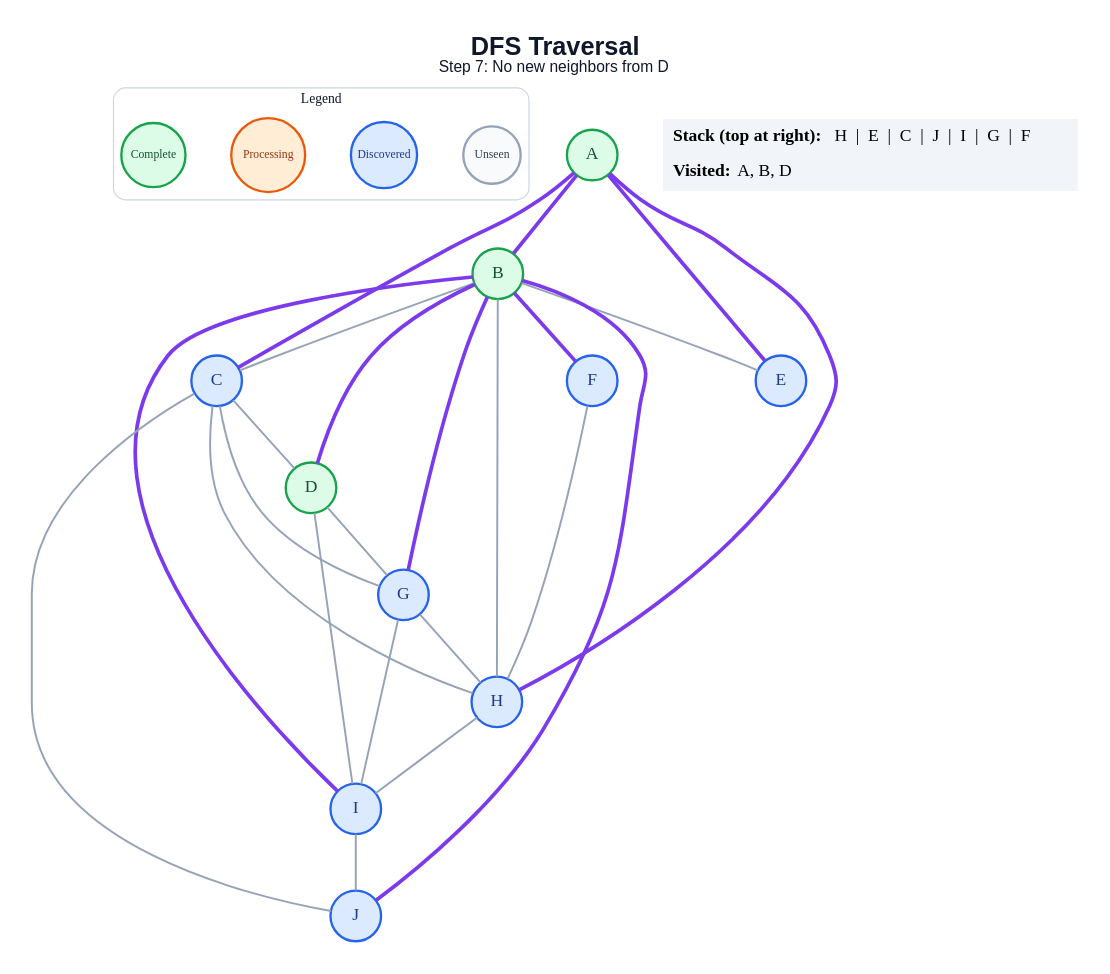
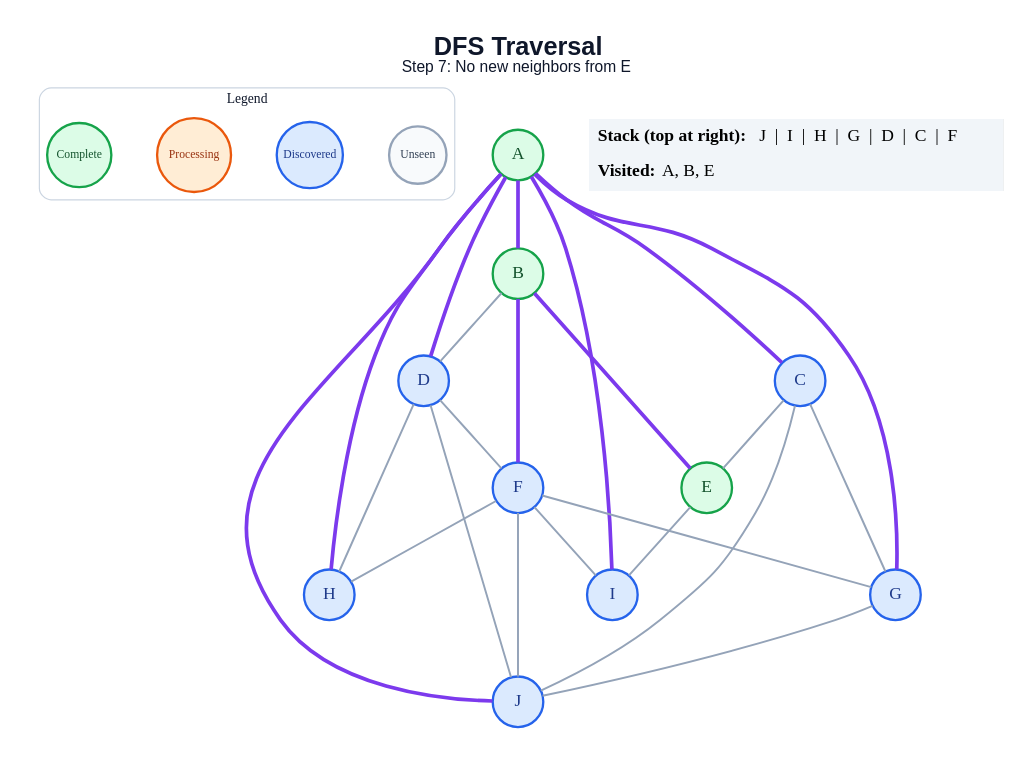
One commit to amanghodawala9/ai-slop changed the diagram in generated/dfs/step_07.dot. Above: the diagram before and after it, drawn with Graphviz. The commit also changed 178 other files, not shown here.

```diff
--- a/generated/dfs/step_07.dot
+++ b/generated/dfs/step_07.dot
@@ -1,52 +1,51 @@
 graph traversal {
   graph [layout=dot, rankdir=TB, bgcolor="#FFFFFF", pad="0.35", nodesep="0.65", ranksep="0.8", fontname="Arial"];
   node [shape=circle, style="filled", fontname="Arial Bold", fontsize=18, width=0.72, fixedsize=true, penwidth=2.4];
   edge [color="#94A3B8", penwidth=2.0];
-  label=<<B>DFS Traversal</B><BR/><FONT POINT-SIZE="16">Step 7: No new neighbors from D</FONT>>; labelloc="t"; fontsize=26; fontname="Arial"; fontcolor="#0F172A";
+  label=<<B>DFS Traversal</B><BR/><FONT POINT-SIZE="16">Step 7: No new neighbors from E</FONT>>; labelloc="t"; fontsize=26; fontname="Arial"; fontcolor="#0F172A";
   subgraph cluster_legend { label="Legend"; color="#CBD5E1"; penwidth=1.2; style="rounded"; fontsize=14; fontname="Arial Bold";
     key_unseen [label="Unseen", fillcolor="#F8FAFC", color="#94A3B8", fontcolor="#334155", fontsize=12, width=0.82];
     key_frontier [label="Discovered", fillcolor="#DBEAFE", color="#2563EB", fontcolor="#1E3A8A", fontsize=12, width=0.95];
     key_current [label="Processing", fillcolor="#FFEDD5", color="#EA580C", fontcolor="#9A3412", fontsize=12, width=1.05];
     key_done [label="Complete", fillcolor="#DCFCE7", color="#16A34A", fontcolor="#14532D", fontsize=12, width=0.92];
     { rank=same; key_unseen; key_frontier; key_current; key_done; }
   }
   A [fillcolor="#DCFCE7", color="#16A34A", fontcolor="#14532D"];
   B [fillcolor="#DCFCE7", color="#16A34A", fontcolor="#14532D"];
   C [fillcolor="#DBEAFE", color="#2563EB", fontcolor="#1E3A8A"];
-  D [fillcolor="#DCFCE7", color="#16A34A", fontcolor="#14532D"];
-  E [fillcolor="#DBEAFE", color="#2563EB", fontcolor="#1E3A8A"];
+  D [fillcolor="#DBEAFE", color="#2563EB", fontcolor="#1E3A8A"];
+  E [fillcolor="#DCFCE7", color="#16A34A", fontcolor="#14532D"];
   F [fillcolor="#DBEAFE", color="#2563EB", fontcolor="#1E3A8A"];
   G [fillcolor="#DBEAFE", color="#2563EB", fontcolor="#1E3A8A"];
   H [fillcolor="#DBEAFE", color="#2563EB", fontcolor="#1E3A8A"];
   I [fillcolor="#DBEAFE", color="#2563EB", fontcolor="#1E3A8A"];
   J [fillcolor="#DBEAFE", color="#2563EB", fontcolor="#1E3A8A"];
   A -- B [color="#7C3AED", penwidth=3.8];
   A -- C [color="#7C3AED", penwidth=3.8];
-  A -- E [color="#7C3AED", penwidth=3.8];
+  A -- D [color="#7C3AED", penwidth=3.8];
+  A -- G [color="#7C3AED", penwidth=3.8];
   A -- H [color="#7C3AED", penwidth=3.8];
-  B -- C;
-  B -- D [color="#7C3AED", penwidth=3.8];
-  B -- E;
+  A -- I [color="#7C3AED", penwidth=3.8];
+  A -- J [color="#7C3AED", penwidth=3.8];
+  B -- D;
+  B -- E [color="#7C3AED", penwidth=3.8];
   B -- F [color="#7C3AED", penwidth=3.8];
-  B -- G [color="#7C3AED", penwidth=3.8];
-  B -- H;
-  B -- I [color="#7C3AED", penwidth=3.8];
-  B -- J [color="#7C3AED", penwidth=3.8];
-  C -- D;
+  C -- E;
   C -- G;
-  C -- H;
   C -- J;
-  D -- G;
-  D -- I;
+  D -- F;
+  D -- H;
+  D -- J;
+  E -- I;
+  F -- G;
   F -- H;
-  G -- H;
-  G -- I;
-  H -- I;
-  I -- J;
+  F -- I;
+  F -- J;
+  G -- J;
   status [shape=plain, fixedsize=false, width=0, height=0, margin=0, label=<
     <TABLE BORDER="0" CELLBORDER="0" CELLPADDING="7" BGCOLOR="#F1F5F9">
-      <TR><TD ALIGN="LEFT"><B>Stack (top at right):</B> H  |  E  |  C  |  J  |  I  |  G  |  F</TD></TR>
-      <TR><TD ALIGN="LEFT"><B>Visited:</B> A, B, D</TD></TR>
+      <TR><TD ALIGN="LEFT"><B>Stack (top at right):</B> J  |  I  |  H  |  G  |  D  |  C  |  F</TD></TR>
+      <TR><TD ALIGN="LEFT"><B>Visited:</B> A, B, E</TD></TR>
     </TABLE>
   >];
 }
```
